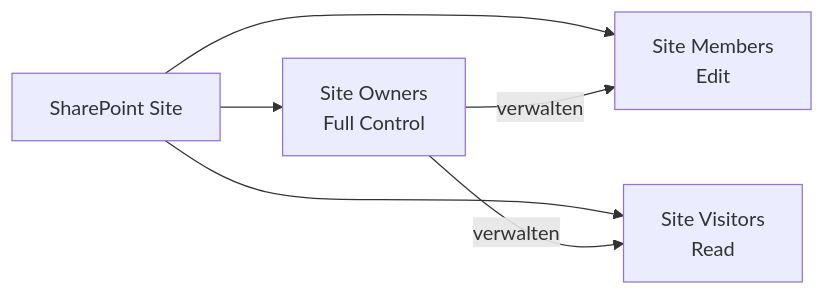
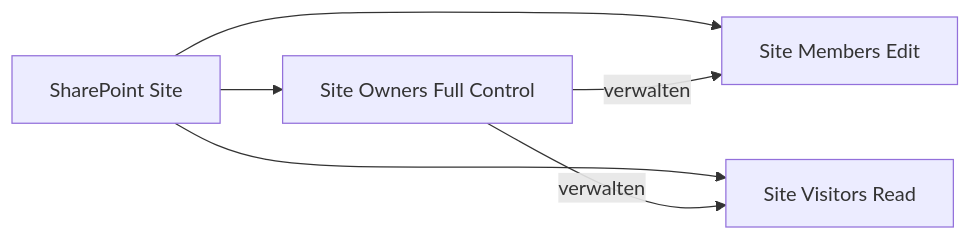
One commit to SoniiiT/notes-n-docs changed the second of 9 diagrams in Microsoft 365/SharePoint OneDrive/Berechtigungen und Sharing.md. Above: the diagram before and after it, drawn with Mermaid. The commit also changed other lines of this file and 124 other files, not shown here.

First line of the commit message:
fix: Entferne \n aus allen Mermaid-Diagrammen (125 Dateien)

````diff
--- a/Microsoft 365/SharePoint OneDrive/Berechtigungen und Sharing.md
+++ b/Microsoft 365/SharePoint OneDrive/Berechtigungen und Sharing.md
@@ -84,9 +84,9 @@
 ```mermaid
 graph LR
-    S[SharePoint Site] --> OG[Site Owners\nFull Control]
-    S --> MG[Site Members\nEdit]
-    S --> VG[Site Visitors\nRead]
+    S[SharePoint Site] --> OG[Site Owners Full Control]
+    S --> MG[Site Members Edit]
+    S --> VG[Site Visitors Read]
 
     OG -->|verwalten| MG
     OG -->|verwalten| VG
 ```
````
